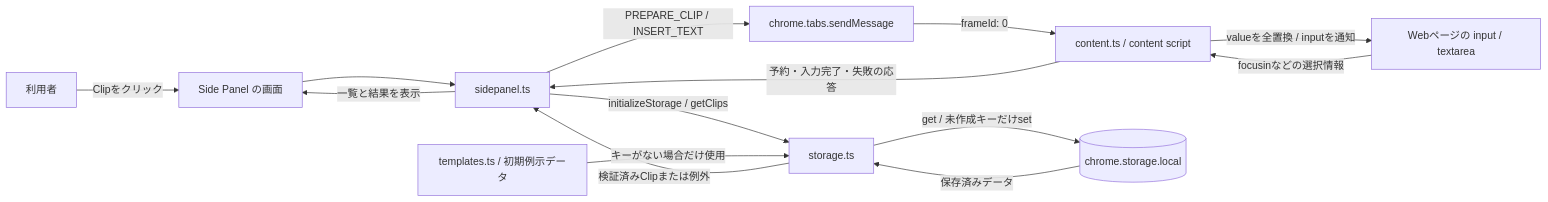
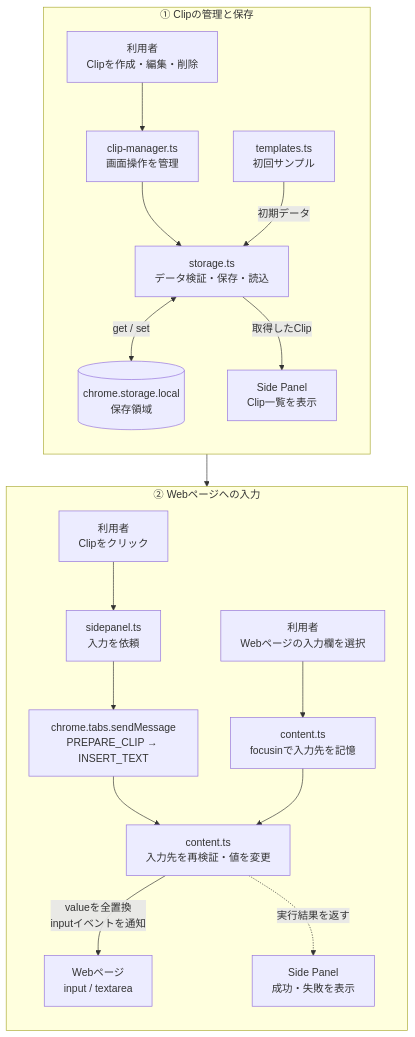
One commit to Leon20200809/lg-quick-clip changed the first of 4 diagrams in docs/DATA_FLOW.md. Above: the diagram before and after it, drawn with Mermaid.

Commit message:
DATA_FLOW.md全体像修正

````diff
--- a/docs/DATA_FLOW.md
+++ b/docs/DATA_FLOW.md
@@ -19,25 +19,39 @@
 ```mermaid
-flowchart LR
-    U["利用者"]
-    UI["Side Panel の画面"]
-    SP["sidepanel.ts"]
-    MSG["chrome.tabs.sendMessage"]
-    CS["content.ts / content script"]
-    FIELD["Webページの input / textarea"]
-    ST["storage.ts"]
-    DB[("chrome.storage.local")]
-    DEF["templates.ts / 初期例示データ"]
-    U -->|"Clipをクリック"| UI
-    UI --> SP
-    SP -->|"PREPARE_CLIP / INSERT_TEXT"| MSG
-    MSG -->|"frameId: 0"| CS
-    CS -->|"valueを全置換 / inputを通知"| FIELD
-    FIELD -->|"focusinなどの選択情報"| CS
-    CS -->|"予約・入力完了・失敗の応答"| SP
-    SP -->|"一覧と結果を表示"| UI
-    SP -->|"initializeStorage / getClips"| ST
-    ST -->|"get / 未作成キーだけset"| DB
-    DB -->|"保存済みデータ"| ST
-    DEF -->|"キーがない場合だけ使用"| ST
-    ST -->|"検証済みClipまたは例外"| SP
+
+flowchart TB
+    subgraph A["① Clipの管理と保存"]
+        direction TB
+        A1["利用者<br/>Clipを作成・編集・削除"]
+        A2["clip-manager.ts<br/>画面操作を管理"]
+        A3["storage.ts<br/>データ検証・保存・読込"]
+        A4[("chrome.storage.local<br/>保存領域")]
+        A5["Side Panel<br/>Clip一覧を表示"]
+        DEF["templates.ts<br/>初回サンプル"]
+
+        A1 --> A2 --> A3
+        DEF -->|"初期データ"| A3
+        A3 <-->|"get / set"| A4
+        A3 -->|"取得したClip"| A5
+    end
+
+    subgraph B["② Webページへの入力"]
+        direction TB
+        B1["利用者<br/>Webページの入力欄を選択"]
+        B2["content.ts<br/>focusinで入力先を記憶"]
+        B3["利用者<br/>Clipをクリック"]
+        B4["sidepanel.ts<br/>入力を依頼"]
+        B5["chrome.tabs.sendMessage<br/>PREPARE_CLIP → INSERT_TEXT"]
+        B6["content.ts<br/>入力先を再検証・値を変更"]
+        B7["Webページ<br/>input / textarea"]
+        B8["Side Panel<br/>成功・失敗を表示"]
+
+        B1 --> B2
+        B3 --> B4 --> B5 --> B6
+        B2 --> B6
+        B6 -->|"valueを全置換<br/>inputイベントを通知"| B7
+        B6 -.->|"実行結果を返す"| B8
+    end
+
+    A5 --> B3
+
 ```
````
